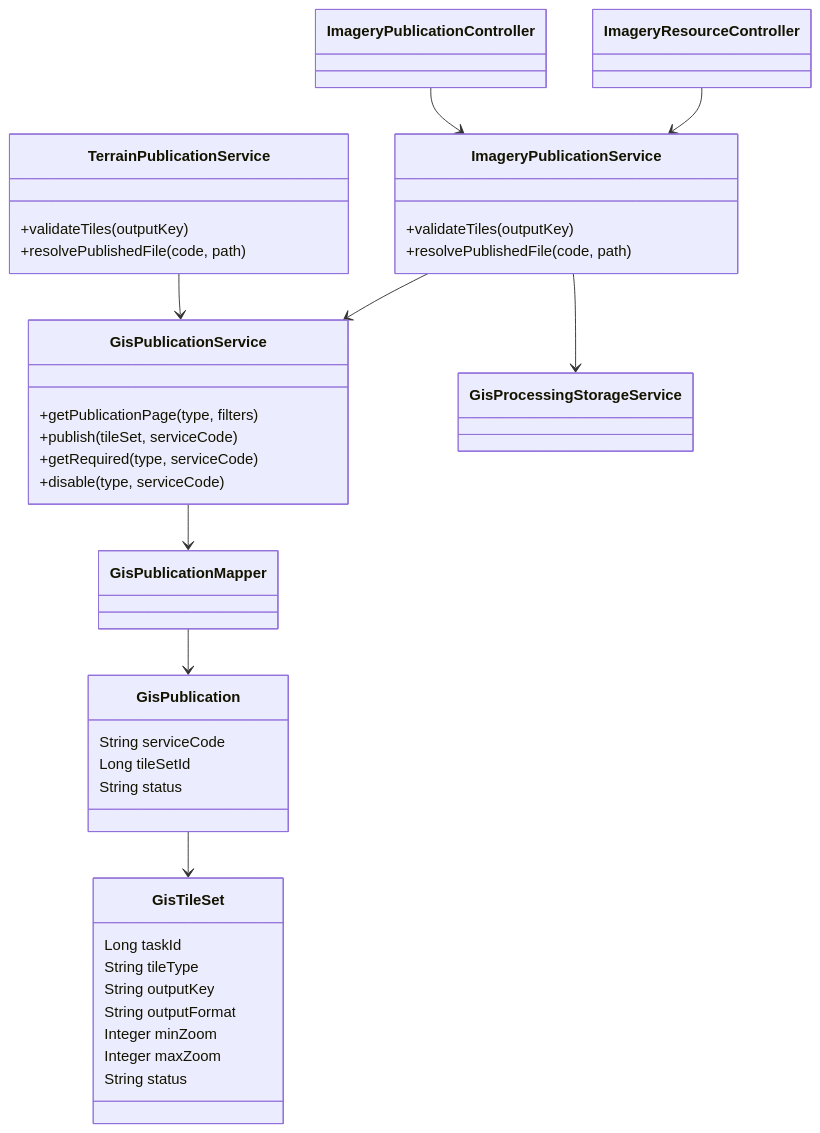
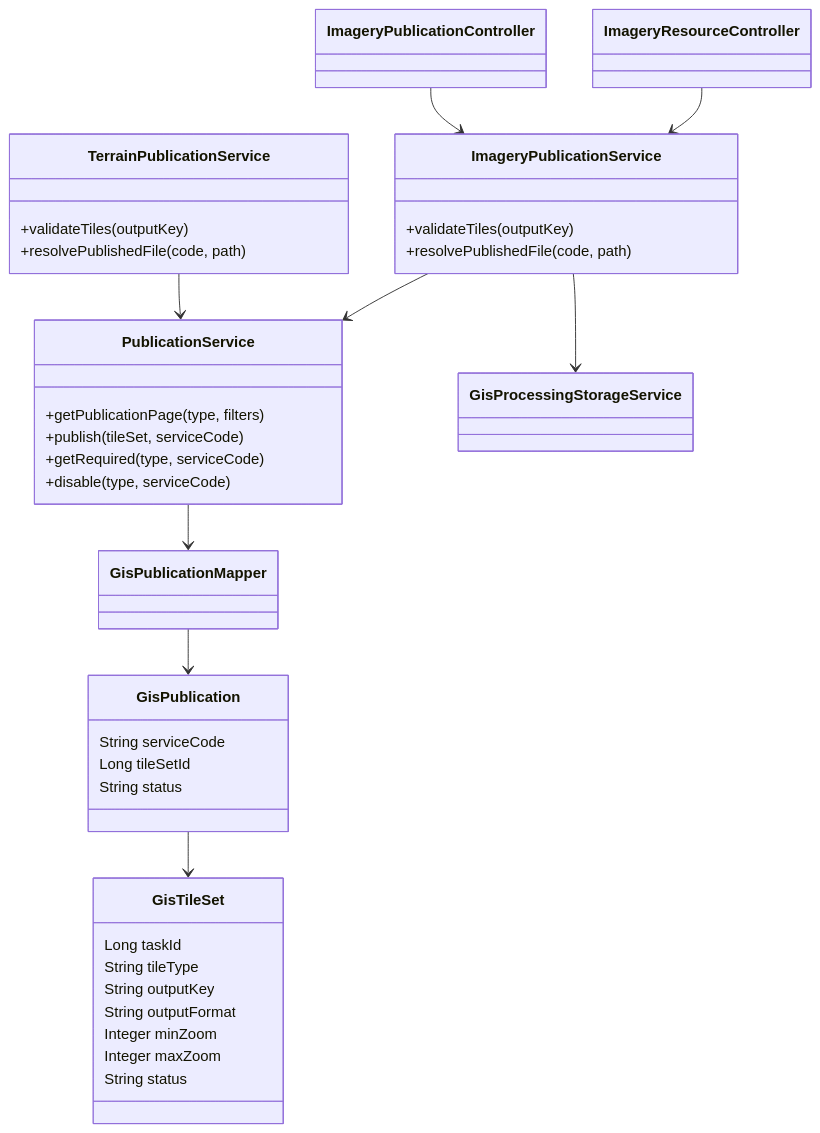
Before and after one commit to ch-dpf/Ocean_Admin_Service: the first of 2 diagrams in docs/imagery-publication-uml.md, drawn with Mermaid. The commit also changed other lines of this file and 21 other files, not shown here.

````diff
--- a/docs/imagery-publication-uml.md
+++ b/docs/imagery-publication-uml.md
@@ -9,44 +9,44 @@
 ```mermaid
 classDiagram
     class GisPublication {
         String serviceCode
         Long tileSetId
         String status
     }
     class GisTileSet {
         Long taskId
         String tileType
         String outputKey
         String outputFormat
         Integer minZoom
         Integer maxZoom
         String status
     }
-    class GisPublicationService {
+    class PublicationService {
         +getPublicationPage(type, filters)
         +publish(tileSet, serviceCode)
         +getRequired(type, serviceCode)
         +disable(type, serviceCode)
     }
     class TerrainPublicationService {
         +validateTiles(outputKey)
         +resolvePublishedFile(code, path)
     }
     class ImageryPublicationService {
         +validateTiles(outputKey)
         +resolvePublishedFile(code, path)
     }
     class ImageryPublicationController
     class ImageryResourceController
     class GisPublicationMapper
     class GisProcessingStorageService
 
-    GisPublicationService --> GisPublicationMapper
+    PublicationService --> GisPublicationMapper
     GisPublicationMapper --> GisPublication
     GisPublication --> GisTileSet
-    TerrainPublicationService --> GisPublicationService
-    ImageryPublicationService --> GisPublicationService
+    TerrainPublicationService --> PublicationService
+    ImageryPublicationService --> PublicationService
     ImageryPublicationService --> GisProcessingStorageService
     ImageryPublicationController --> ImageryPublicationService
     ImageryResourceController --> ImageryPublicationService
 ```
````
